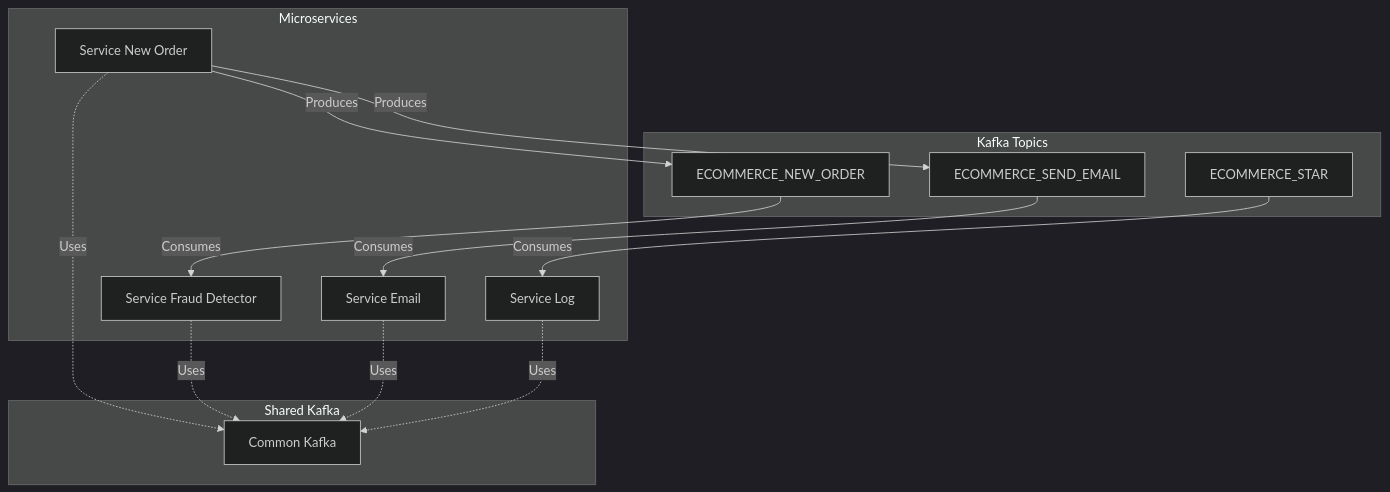
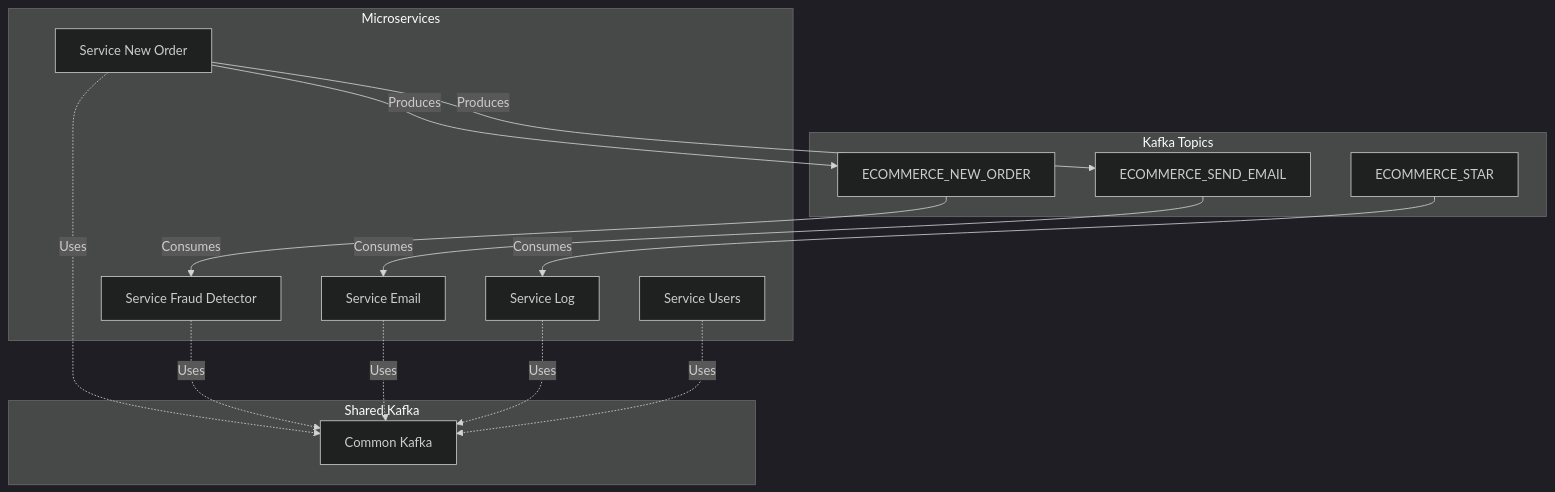
Before and after one commit to LeonardoJaques/ecommerce-kafka-microservice-java: the diagram in README.md, drawn with Mermaid (dark theme).

Commit message:
Update README.md
add: Services User no Readme

````diff
--- a/README.md
+++ b/README.md
@@ -43,32 +43,34 @@
 ```mermaid
 graph TD
     subgraph "Kafka Topics"
         ECOMMERCE_NEW_ORDER
         ECOMMERCE_SEND_EMAIL
         ECOMMERCE_STAR
     end
 
     subgraph "Microservices"
         serviceNewOrder["Service New Order"]
         serviceFraudDetector["Service Fraud Detector"]
         serviceEmail["Service Email"]
         serviceLog["Service Log"]
+        serviceUsers["Service Users"]
     end
 
     subgraph "Shared Kafka"
         commonKafka["Common Kafka"]
     end
 
     serviceNewOrder --> |Produces| ECOMMERCE_NEW_ORDER
     serviceNewOrder --> |Produces| ECOMMERCE_SEND_EMAIL
     
     ECOMMERCE_NEW_ORDER --> |Consumes| serviceFraudDetector
     ECOMMERCE_SEND_EMAIL --> |Consumes| serviceEmail
     ECOMMERCE_STAR --> |Consumes| serviceLog
 
     serviceNewOrder -.-> |Uses| commonKafka
     serviceFraudDetector -.-> |Uses| commonKafka
     serviceEmail -.-> |Uses| commonKafka
     serviceLog -.-> |Uses| commonKafka
+    serviceUsers -.-> |Uses| commonKafka
 
 ```
````
